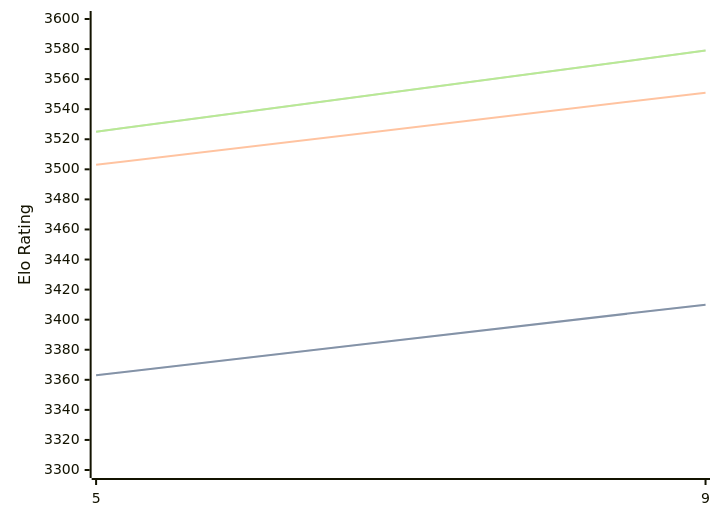
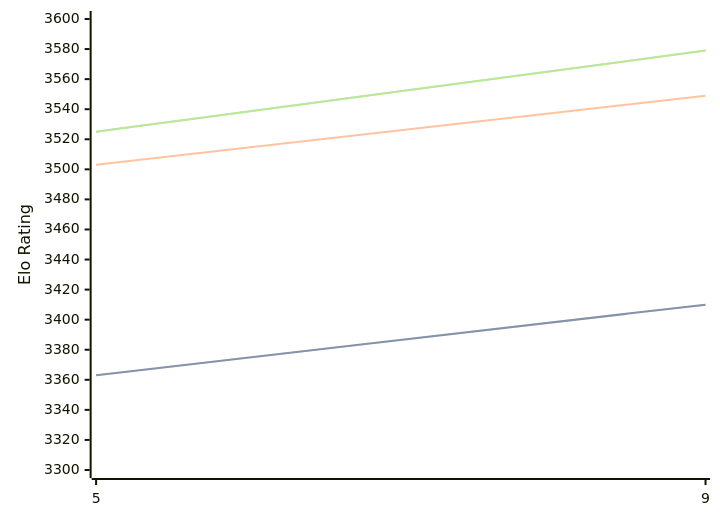
The first of 3 diagrams in engines/Crystal.md (computer-chess-index/cci), drawn with Mermaid before and after one commit. The commit also changed other lines of this file, not shown here.

````diff
--- a/engines/Crystal.md
+++ b/engines/Crystal.md
@@ -60,11 +60,11 @@
 ```mermaid
 %%{init: {"theme":"base","themeVariables":{"seriesColors:['#a3a3a3','#222221','#faa371']}}}%%
 xychart-beta
   x-axis ["5", "9"]
   y-axis "Elo Rating" 3300 --> 3600
   line "STC (8.0+0.08s)" [3363, 3410]
   line "STC (8.0+0.08s)" [3363, 3410]
-  line "LTC (60.0+0.60s)" [3503, 3551]
+  line "LTC (60.0+0.60s)" [3503, 3549]
   line "VLTC (2m24s+1.12s)" [3525, 3579]
   line "VLTC (2m24s+1.12s)" [3525, 3579]
 ```
````
